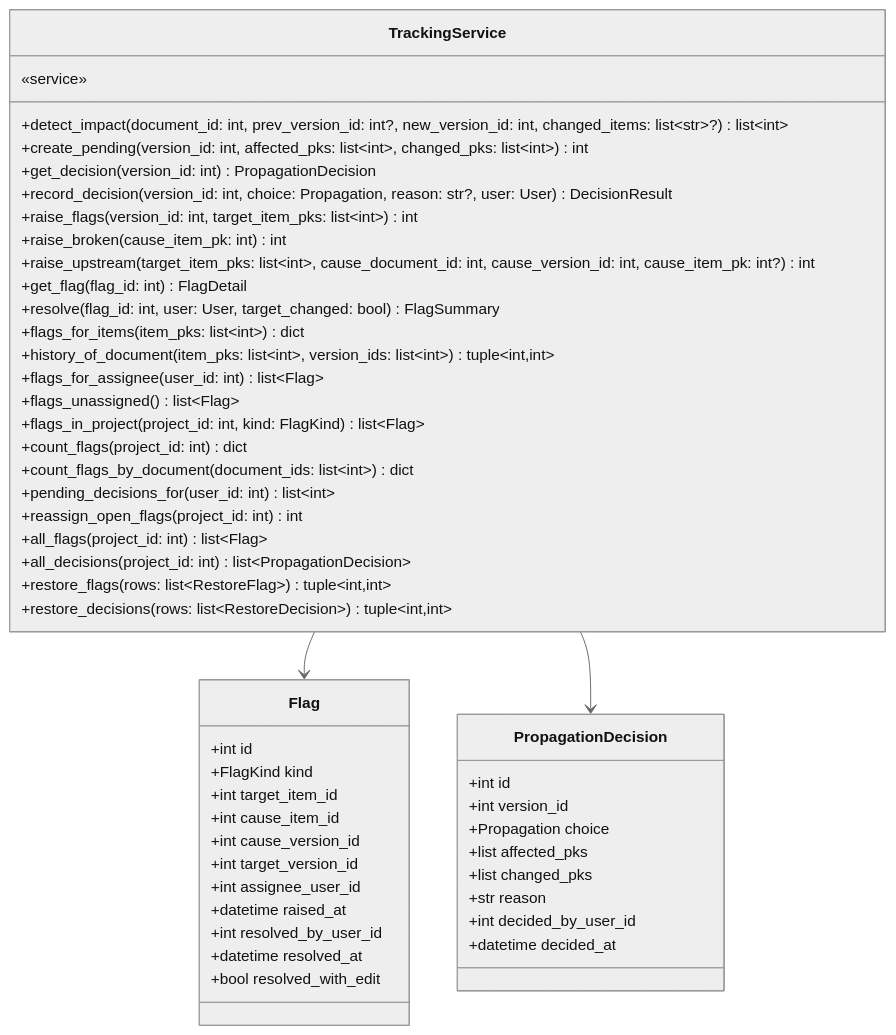
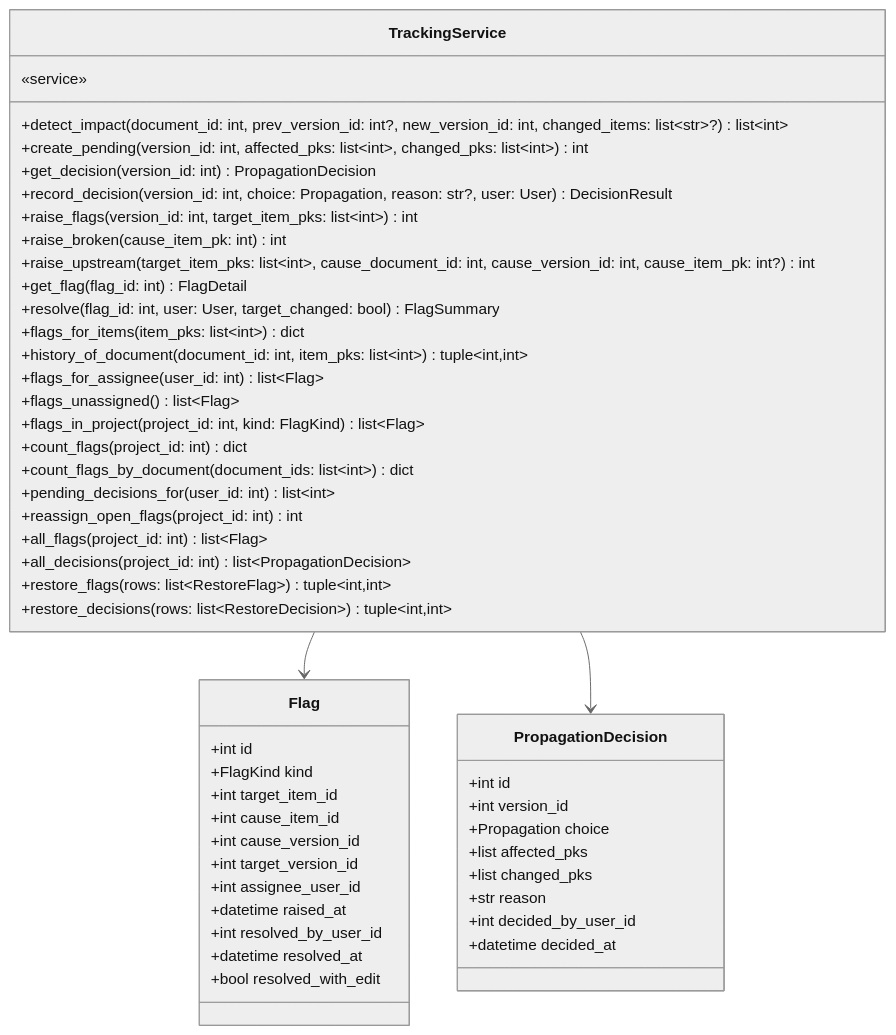
Diagram 19 of 21 in docs/specs/06-DOM/SYNC-DOM-002.md (HoyoungParkme/syncdoc), drawn with Mermaid (neutral theme) before and after one commit. The commit also changed 3 other files, not shown here.

First line of the commit message:
spec(SYNC-MS-004·MS-007·SEQ-001·DOM-002): history_of_document(document_id, item_pks) — 버전 ID는 안에서 센다

````diff
--- a/docs/specs/06-DOM/SYNC-DOM-002.md
+++ b/docs/specs/06-DOM/SYNC-DOM-002.md
@@ -779,53 +779,53 @@
 ```mermaid
 classDiagram
     class TrackingService {
         «service»
         +detect_impact(document_id: int, prev_version_id: int?, new_version_id: int, changed_items: list~str~?) list~int~
         +create_pending(version_id: int, affected_pks: list~int~, changed_pks: list~int~) int
         +get_decision(version_id: int) PropagationDecision
         +record_decision(version_id: int, choice: Propagation, reason: str?, user: User) DecisionResult
         +raise_flags(version_id: int, target_item_pks: list~int~) int
         +raise_broken(cause_item_pk: int) int
         +raise_upstream(target_item_pks: list~int~, cause_document_id: int, cause_version_id: int, cause_item_pk: int?) int
         +get_flag(flag_id: int) FlagDetail
         +resolve(flag_id: int, user: User, target_changed: bool) FlagSummary
         +flags_for_items(item_pks: list~int~) dict
-        +history_of_document(item_pks: list~int~, version_ids: list~int~) tuple~int,int~
+        +history_of_document(document_id: int, item_pks: list~int~) tuple~int,int~
         +flags_for_assignee(user_id: int) list~Flag~
         +flags_unassigned() list~Flag~
         +flags_in_project(project_id: int, kind: FlagKind) list~Flag~
         +count_flags(project_id: int) dict
         +count_flags_by_document(document_ids: list~int~) dict
         +pending_decisions_for(user_id: int) list~int~
         +reassign_open_flags(project_id: int) int
         +all_flags(project_id: int) list~Flag~
         +all_decisions(project_id: int) list~PropagationDecision~
         +restore_flags(rows: list~RestoreFlag~) tuple~int,int~
         +restore_decisions(rows: list~RestoreDecision~) tuple~int,int~
     }
     class Flag {
         +int id
         +FlagKind kind
         +int target_item_id
         +int cause_item_id
         +int cause_version_id
         +int target_version_id
         +int assignee_user_id
         +datetime raised_at
         +int resolved_by_user_id
         +datetime resolved_at
         +bool resolved_with_edit
     }
     class PropagationDecision {
         +int id
         +int version_id
         +Propagation choice
         +list affected_pks
         +list changed_pks
         +str reason
         +int decided_by_user_id
         +datetime decided_at
     }
     TrackingService --> Flag
     TrackingService --> PropagationDecision
 ```
````
